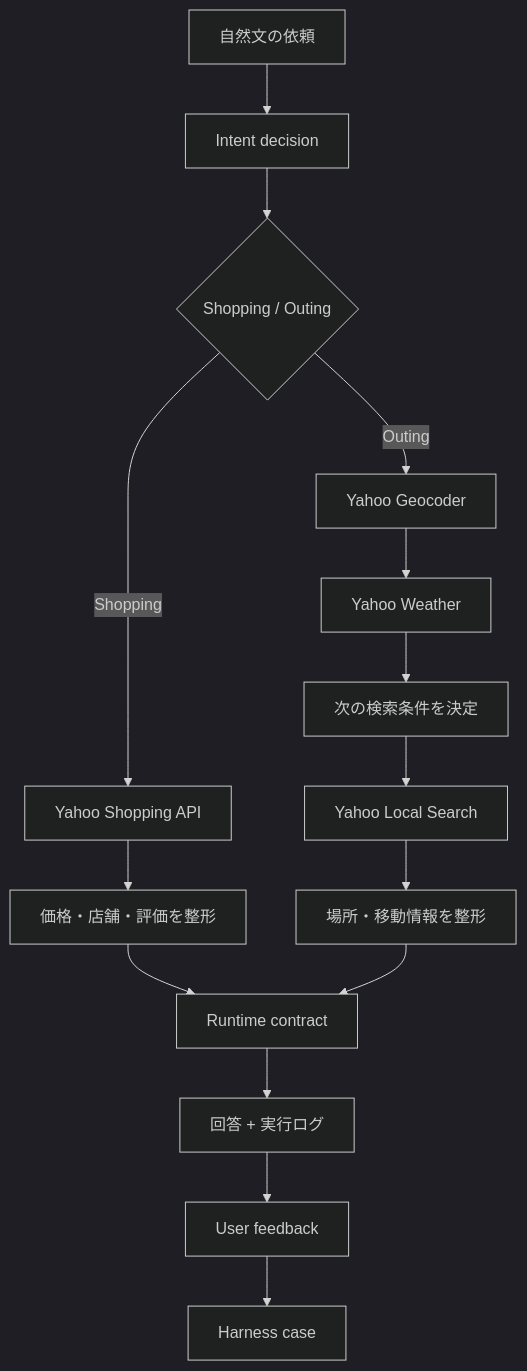
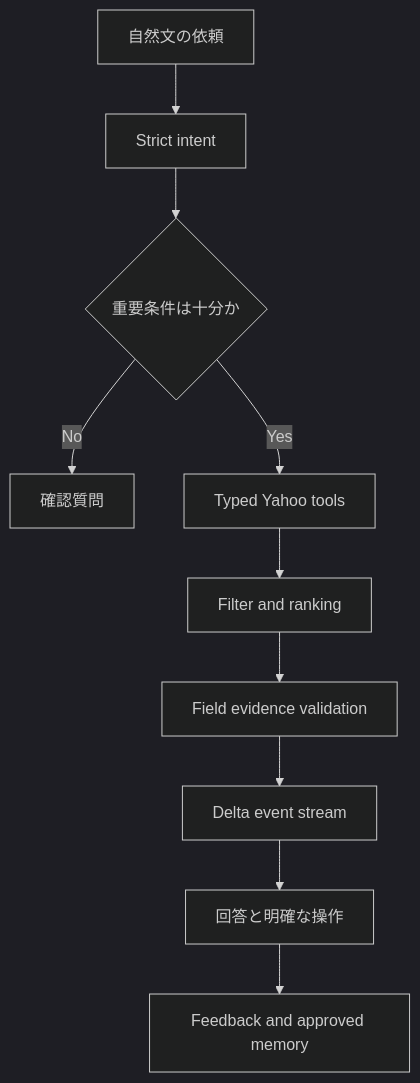
The diagram in README.md (dragonwang71/agent-yh-prototype), drawn with Mermaid (dark theme) before and after one commit. The commit also changed other lines of this file and 69 other files, not shown here.

````diff
--- a/README.md
+++ b/README.md
@@ -28,20 +43,12 @@
 ```mermaid
 flowchart TD
-  A["自然文の依頼"] --> B["Intent decision"]
-  B --> C{"Shopping / Outing"}
-
-  C -->|"Shopping"| D["Yahoo Shopping API"]
-  D --> E["価格・店舗・評価を整形"]
-
-  C -->|"Outing"| F["Yahoo Geocoder"]
-  F --> G["Yahoo Weather"]
-  G --> H["次の検索条件を決定"]
-  H --> I["Yahoo Local Search"]
-  I --> J["場所・移動情報を整形"]
-
-  E --> K["Runtime contract"]
-  J --> K
-  K --> L["回答 + 実行ログ"]
-  L --> M["User feedback"]
-  M --> N["Harness case"]
+  A["自然文の依頼"] --> B["Strict intent"]
+  B --> C{"重要条件は十分か"}
+  C -->|"No"| D["確認質問"]
+  C -->|"Yes"| E["Typed Yahoo tools"]
+  E --> F["Filter and ranking"]
+  F --> G["Field evidence validation"]
+  G --> H["Delta event stream"]
+  H --> I["回答と明確な操作"]
+  I --> J["Feedback and approved memory"]
 ```
````
